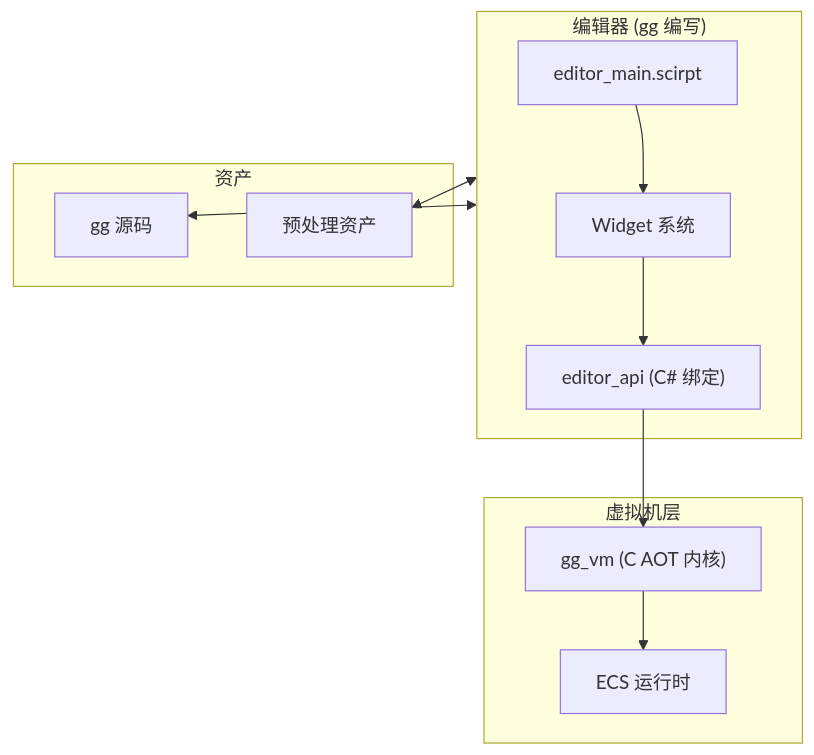
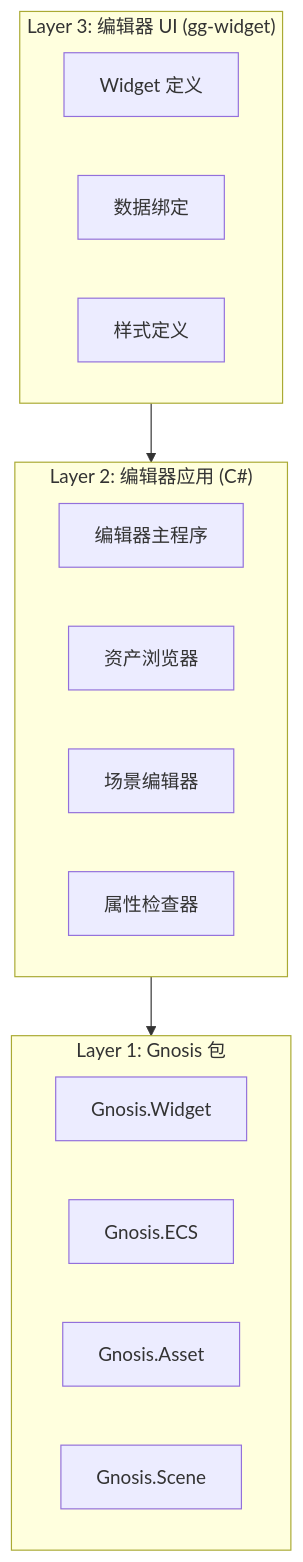
One commit to game-gpt/Gnosis.cs changed the diagram in documentation/zh-hans/development/editor.md. Above: the diagram before and after it, drawn with Mermaid. The commit also changed other lines of this file and 24 other files, not shown here.

````diff
--- a/documentation/zh-hans/development/editor.md
+++ b/documentation/zh-hans/development/editor.md
@@ -18,25 +42,25 @@
 ```mermaid
 flowchart TB
-    subgraph Editor["编辑器 (gg 编写)"]
-        editor_main["editor_main.scirpt"]
-        widgets["Widget 系统"]
-        editor_api["editor_api (C# 绑定)"]
+    subgraph Layer3["Layer 3: 编辑器 UI (gg-widget)"]
+        WidgetDef["Widget 定义"]
+        DataBinding["数据绑定"]
+        StyleDef["样式定义"]
     end
 
-    subgraph VM["虚拟机层"]
-        gg_vm["gg_vm (C AOT 内核)"]
-        ecs["ECS 运行时"]
+    subgraph Layer2["Layer 2: 编辑器应用 (C#)"]
+        EditorApp["编辑器主程序"]
+        AssetBrowser["资产浏览器"]
+        SceneEditor["场景编辑器"]
+        Inspector["属性检查器"]
     end
 
-    subgraph Assets["资产"]
-        gg_src["gg 源码"]
-        cooked["预处理资产"]
+    subgraph Layer1["Layer 1: Gnosis 包"]
+        WidgetPkg["Gnosis.Widget"]
+        ECS["Gnosis.ECS"]
+        Asset["Gnosis.Asset"]
+        Scene["Gnosis.Scene"]
     end
 
-    editor_main --> widgets
-    widgets --> editor_api
-    editor_api --> gg_vm
-    gg_vm --> ecs
-    Editor <--> cooked
-    Editor <--> gg_src
+    Layer3 --> Layer2
+    Layer2 --> Layer1
 ```
````
